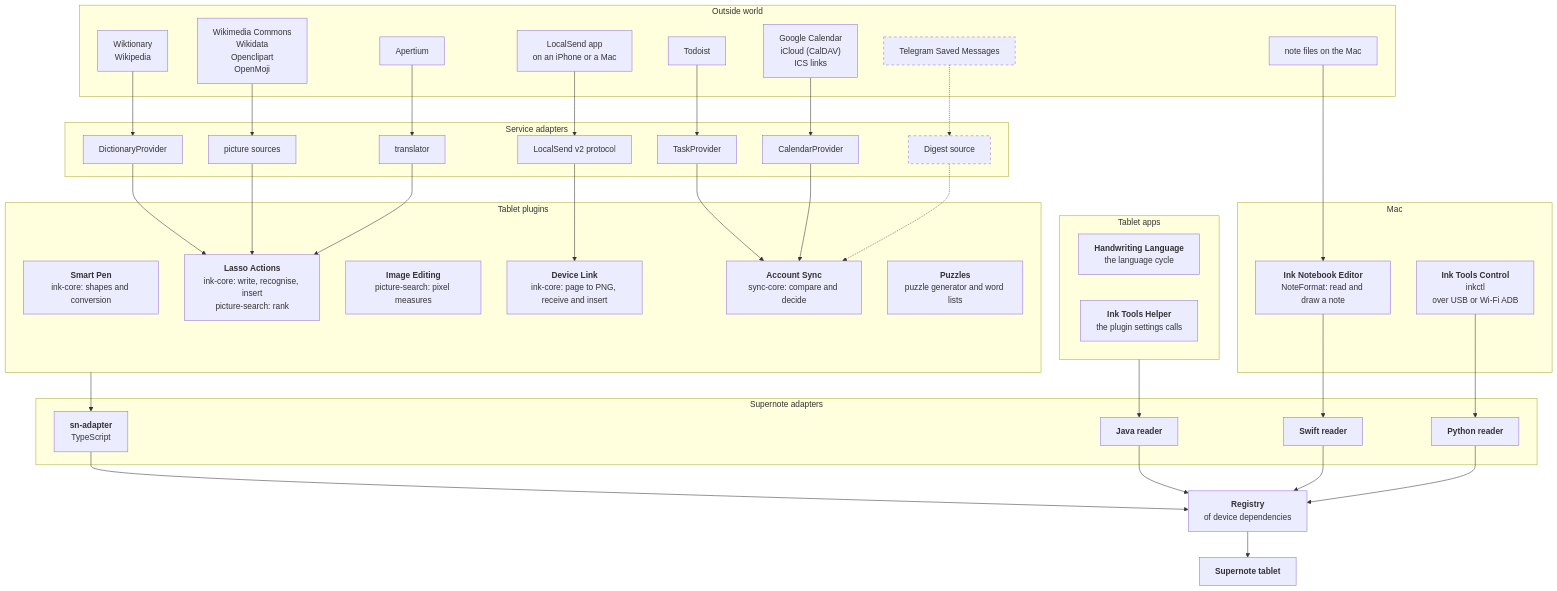
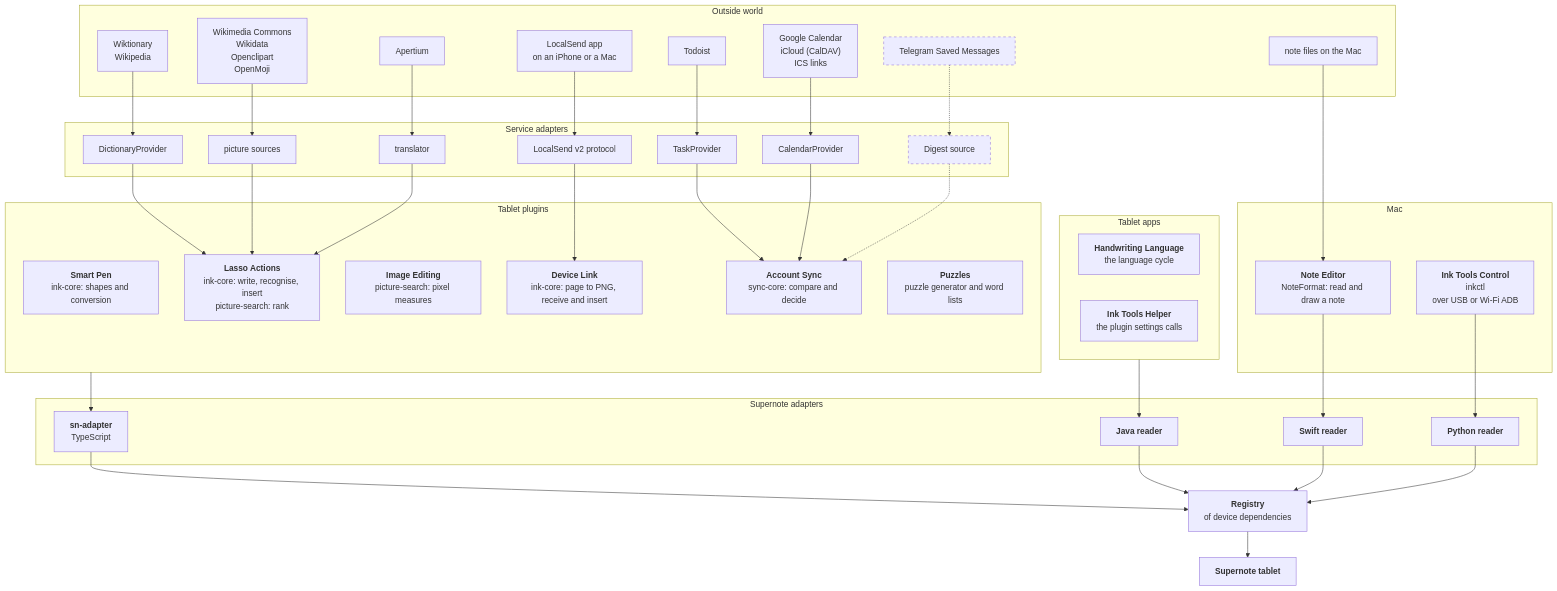
One commit to martonpaulo/ink-tools changed the diagram in README.md. Above: the diagram before and after it, drawn with Mermaid. The commit also changed other lines of this file and 250 other files, not shown here.

First line of the commit message:
refactor: rename Ink Notebook Editor to Note Editor before its first release (#461)

````diff
--- a/README.md
+++ b/README.md
@@ -55,74 +55,74 @@
 ```mermaid
 flowchart TB
   accTitle: Tool map: where each tool's data comes from and where it lands
-  accDescr: Top to bottom: the outside services, the service adapters they enter through, the tools grouped by where they run (tablet plugins, tablet apps, Mac), the Supernote adapter of each runtime, the one registry of device dependencies they all read, and the tablet. Tools: Smart Pen; Lasso Actions; Image Editing; Device Link; Account Sync; Puzzles; Handwriting Language; Ink Notebook Editor; Ink Tools Control; Ink Tools Helper.
+  accDescr: Top to bottom: the outside services, the service adapters they enter through, the tools grouped by where they run (tablet plugins, tablet apps, Mac), the Supernote adapter of each runtime, the one registry of device dependencies they all read, and the tablet. Tools: Smart Pen; Lasso Actions; Image Editing; Device Link; Account Sync; Puzzles; Handwriting Language; Note Editor; Ink Tools Control; Ink Tools Helper.
   subgraph outside["Outside world"]
     o_wiktionary["Wiktionary<br/>Wikipedia"]
     o_wikimedia_commons["Wikimedia Commons<br/>Wikidata<br/>Openclipart<br/>OpenMoji"]
     o_apertium["Apertium"]
     o_localsend_app["LocalSend app<br/>on an iPhone or a Mac"]
     o_todoist["Todoist"]
     o_google_calendar["Google Calendar<br/>iCloud (CalDAV)<br/>ICS links"]
     o_telegram_saved_messages["Telegram Saved Messages"]
     o_note_files_on_the_mac["note files on the Mac"]
   end
   subgraph services["Service adapters"]
     s_dictionaryprovider["DictionaryProvider"]
     s_picture_sources["picture sources"]
     s_translator["translator"]
     s_localsend_v2_protocol["LocalSend v2 protocol"]
     s_taskprovider["TaskProvider"]
     s_calendarprovider["CalendarProvider"]
     s_digest_source["Digest source"]
   end
   subgraph g_plugins["Tablet plugins"]
     t_smart_pen["<b>Smart Pen</b><br/>ink-core: shapes and conversion"]
     t_lasso_actions["<b>Lasso Actions</b><br/>ink-core: write, recognise, insert<br/>picture-search: rank"]
     t_image_editing["<b>Image Editing</b><br/>picture-search: pixel measures"]
     t_device_link["<b>Device Link</b><br/>ink-core: page to PNG, receive and insert"]
     t_account_sync["<b>Account Sync</b><br/>sync-core: compare and decide"]
     t_puzzles["<b>Puzzles</b><br/>puzzle generator and word lists"]
   end
   subgraph g_apps["Tablet apps"]
     t_handwriting_language["<b>Handwriting Language</b><br/>the language cycle"]
     t_ink_tools_helper["<b>Ink Tools Helper</b><br/>the plugin settings calls"]
   end
   subgraph g_mac["Mac"]
-    t_ink_notebook_editor["<b>Ink Notebook Editor</b><br/>NoteFormat: read and draw a note"]
+    t_note_editor["<b>Note Editor</b><br/>NoteFormat: read and draw a note"]
     t_ink_tools_control["<b>Ink Tools Control</b><br/>inkctl<br/>over USB or Wi-Fi ADB"]
   end
   subgraph adapters["Supernote adapters"]
     a_ts["<b>sn-adapter</b><br/>TypeScript"]
     a_java["<b>Java reader</b>"]
     a_swift["<b>Swift reader</b>"]
     a_python["<b>Python reader</b>"]
   end
   registry["<b>Registry</b><br/>of device dependencies"]
   tablet["<b>Supernote tablet</b>"]
   o_wiktionary --> s_dictionaryprovider
   s_dictionaryprovider --> t_lasso_actions
   o_wikimedia_commons --> s_picture_sources
   s_picture_sources --> t_lasso_actions
   o_apertium --> s_translator
   s_translator --> t_lasso_actions
   o_localsend_app --> s_localsend_v2_protocol
   s_localsend_v2_protocol --> t_device_link
   o_todoist --> s_taskprovider
   s_taskprovider --> t_account_sync
   o_google_calendar --> s_calendarprovider
   s_calendarprovider --> t_account_sync
   o_telegram_saved_messages -.-> s_digest_source
   s_digest_source -.-> t_account_sync
-  o_note_files_on_the_mac --> t_ink_notebook_editor
+  o_note_files_on_the_mac --> t_note_editor
   g_plugins --> a_ts
   g_apps --> a_java
-  t_ink_notebook_editor --> a_swift
+  t_note_editor --> a_swift
   t_ink_tools_control --> a_python
   a_ts --> registry
   a_java --> registry
   a_swift --> registry
   a_python --> registry
   registry --> tablet
   classDef planned stroke-dasharray: 5 5
   class o_telegram_saved_messages,s_digest_source planned
 ```
````
